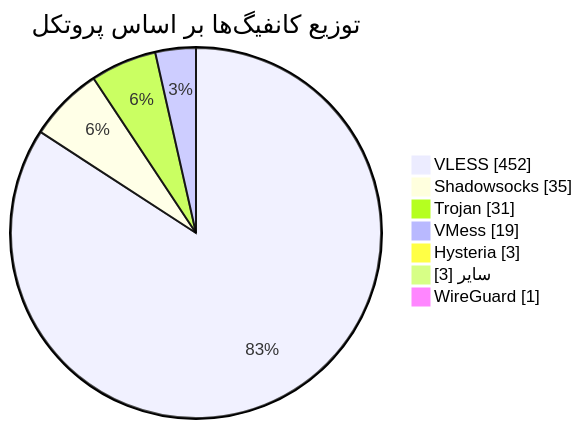
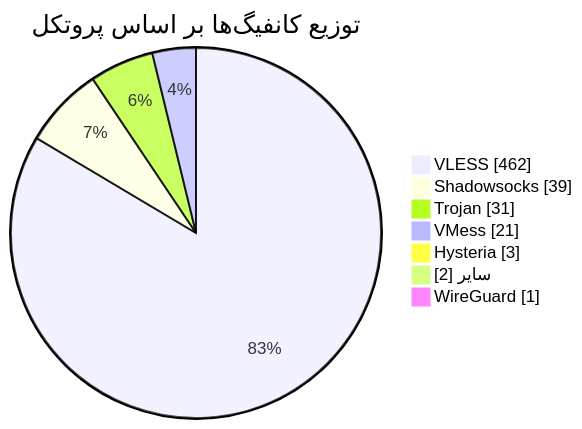
One commit to Arian-Alijani/Somthing changed the diagram in README.md. Above: the diagram before and after it, drawn with Mermaid. The commit also changed other lines of this file and 83 other files, not shown here.

````diff
--- a/README.md
+++ b/README.md
@@ -49,11 +49,11 @@
 ```mermaid
 pie showData
     title توزیع کانفیگ‌ها بر اساس پروتکل
-    "VLESS" : 452
-    "Shadowsocks" : 35
+    "VLESS" : 462
+    "Shadowsocks" : 39
     "Trojan" : 31
-    "VMess" : 19
+    "VMess" : 21
     "Hysteria" : 3
-    "سایر" : 3
+    "سایر" : 2
     "WireGuard" : 1
 ```
````
